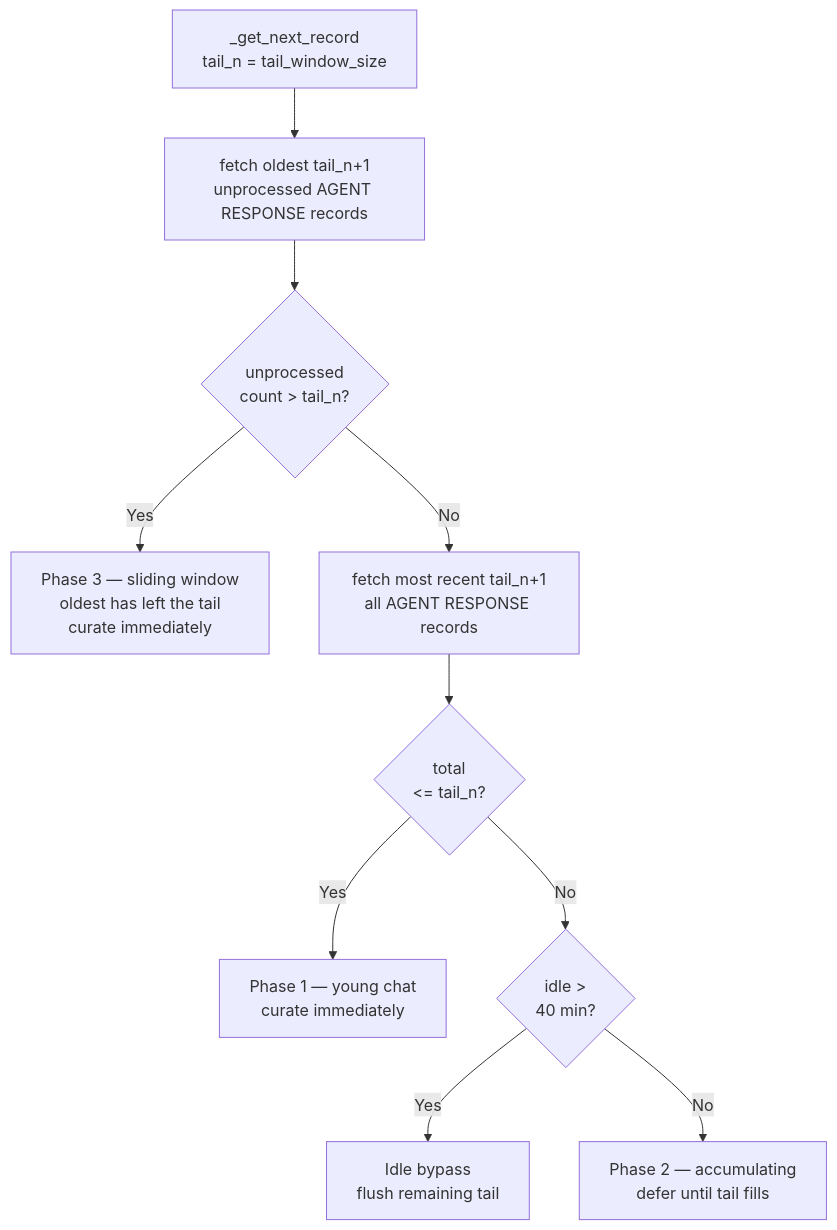
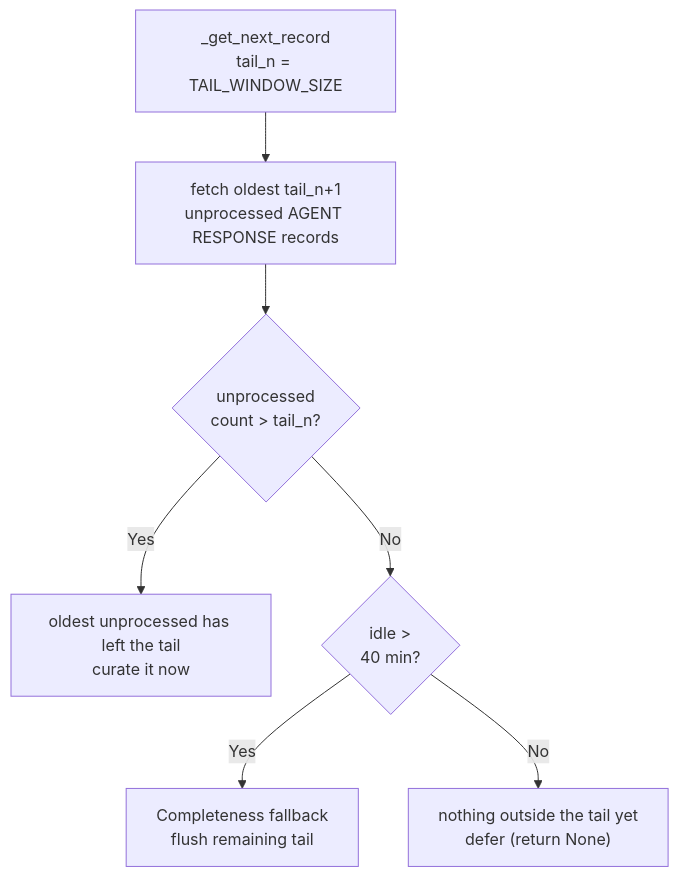
The third of 3 diagrams in memory/cheatsheet.md (wiedersehne/Ida-arch), drawn with Mermaid before and after one commit. The commit also changed other lines of this file, not shown here.

````diff
--- a/memory/cheatsheet.md
+++ b/memory/cheatsheet.md
@@ -119,14 +125,9 @@
 ```mermaid
 flowchart TD
-    A["_get_next_record\ntail_n = tail_window_size"] --> B["fetch oldest tail_n+1\nunprocessed AGENT RESPONSE records"]
+    A["_get_next_record\ntail_n = TAIL_WINDOW_SIZE"] --> B["fetch oldest tail_n+1\nunprocessed AGENT RESPONSE records"]
     B --> C{unprocessed\ncount > tail_n?}
-    C -- Yes --> PHASE3["Phase 3 — sliding window\noldest has left the tail\ncurate immediately"]
-
-    C -- No --> D["fetch most recent tail_n+1\nall AGENT RESPONSE records"]
-    D --> E{total\n<= tail_n?}
-    E -- Yes --> PHASE1["Phase 1 — young chat\ncurate immediately"]
-
-    E -- No --> F{idle >\n40 min?}
-    F -- Yes --> IDLE["Idle bypass\nflush remaining tail"]
-    F -- No --> PHASE2["Phase 2 — accumulating\ndefer until tail fills"]
+    C -- Yes --> CURATE["oldest unprocessed has left the tail\ncurate it now"]
+    C -- No --> D{idle >\n40 min?}
+    D -- Yes --> IDLE["Completeness fallback\nflush remaining tail"]
+    D -- No --> DEFER["nothing outside the tail yet\ndefer (return None)"]
 ```
````
